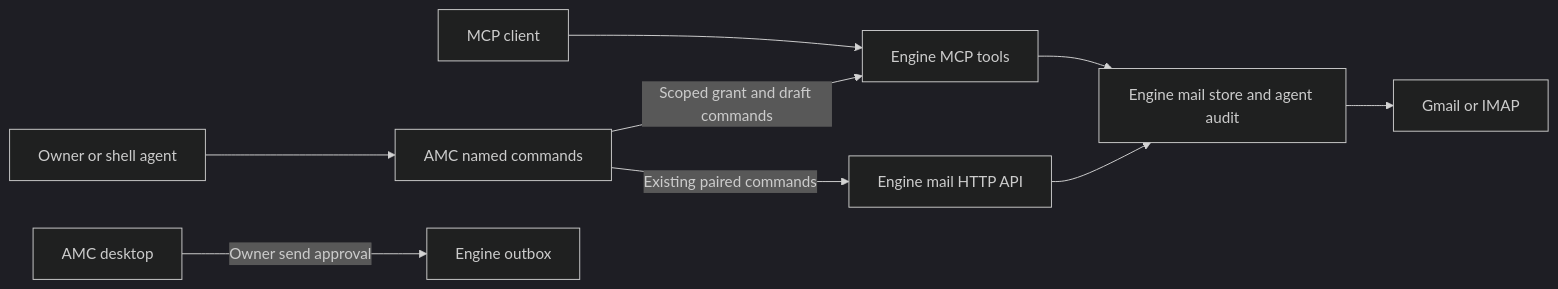
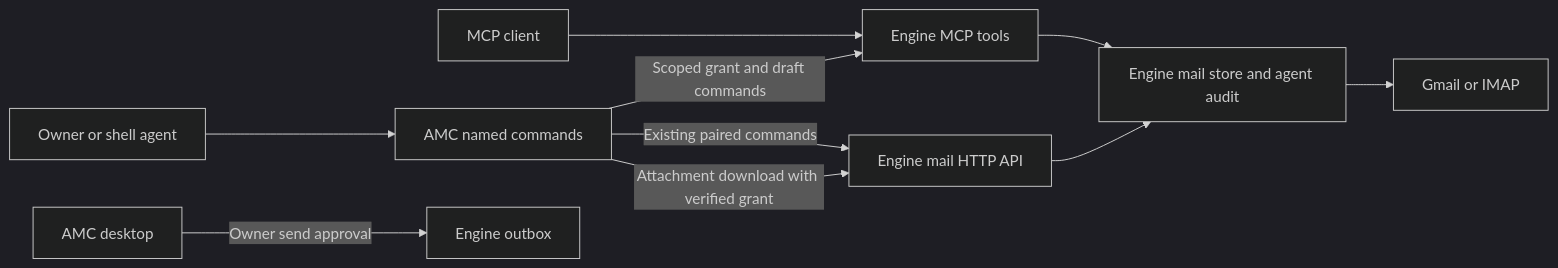
One commit to ralfboltshauser/agent-mail-client changed the diagram in docs/agents/cli.md. Above: the diagram before and after it, drawn with Mermaid (dark theme). The commit also changed other lines of this file and 5 other files, not shown here.

Commit message:
Download mail attachments from the AMC CLI (#269)

````diff
--- a/docs/agents/cli.md
+++ b/docs/agents/cli.md
@@ -82,11 +98,12 @@
 ```mermaid
 flowchart LR
   Shell[Owner or shell agent] --> CLI[AMC named commands]
   Client[MCP client] --> MCP[Engine MCP tools]
   CLI -->|Scoped grant and draft commands| MCP
   CLI -->|Existing paired commands| HTTP[Engine mail HTTP API]
+  CLI -->|Attachment download with verified grant| HTTP
   MCP --> State[Engine mail store and agent audit]
   HTTP --> State
   State --> Provider[Gmail or IMAP]
   Desktop[AMC desktop] -->|Owner send approval| Outbox[Engine outbox]
 ```
````
